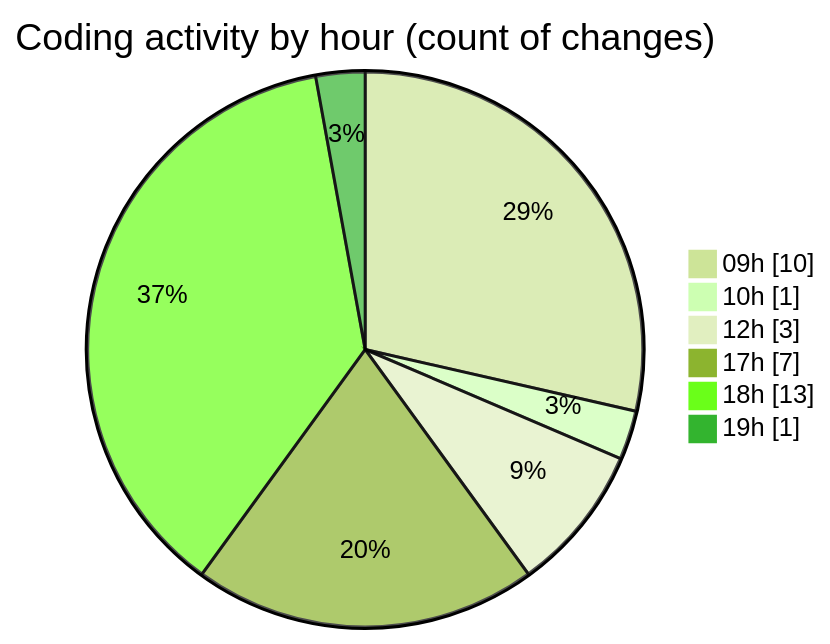
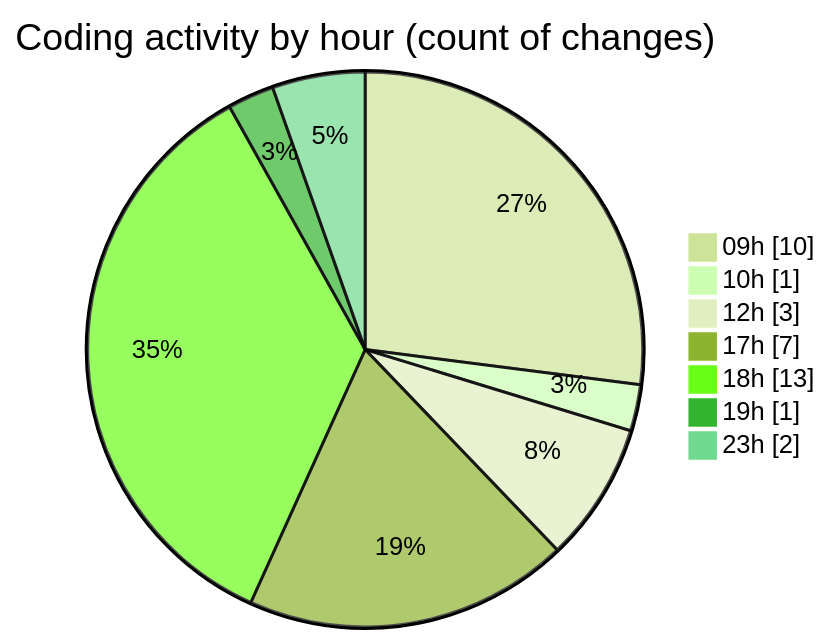
One commit to julien-gomy/code-tracking changed the second of 2 diagrams in 2025-11-13/eventscop-frontend-guide__workspace_/README.md. Above: the diagram before and after it, drawn with Mermaid (forest theme). The commit also changed other lines of this file and 1 other file, not shown here.

````diff
--- a/2025-11-13/eventscop-frontend-guide__workspace_/README.md
+++ b/2025-11-13/eventscop-frontend-guide__workspace_/README.md
@@ -42,10 +43,11 @@
 ```mermaid
 pie showData
 title Coding activity by hour (count of changes)
 "09h" : 10
 "10h" : 1
 "12h" : 3
 "17h" : 7
 "18h" : 13
 "19h" : 1
+"23h" : 2
 ```
````
